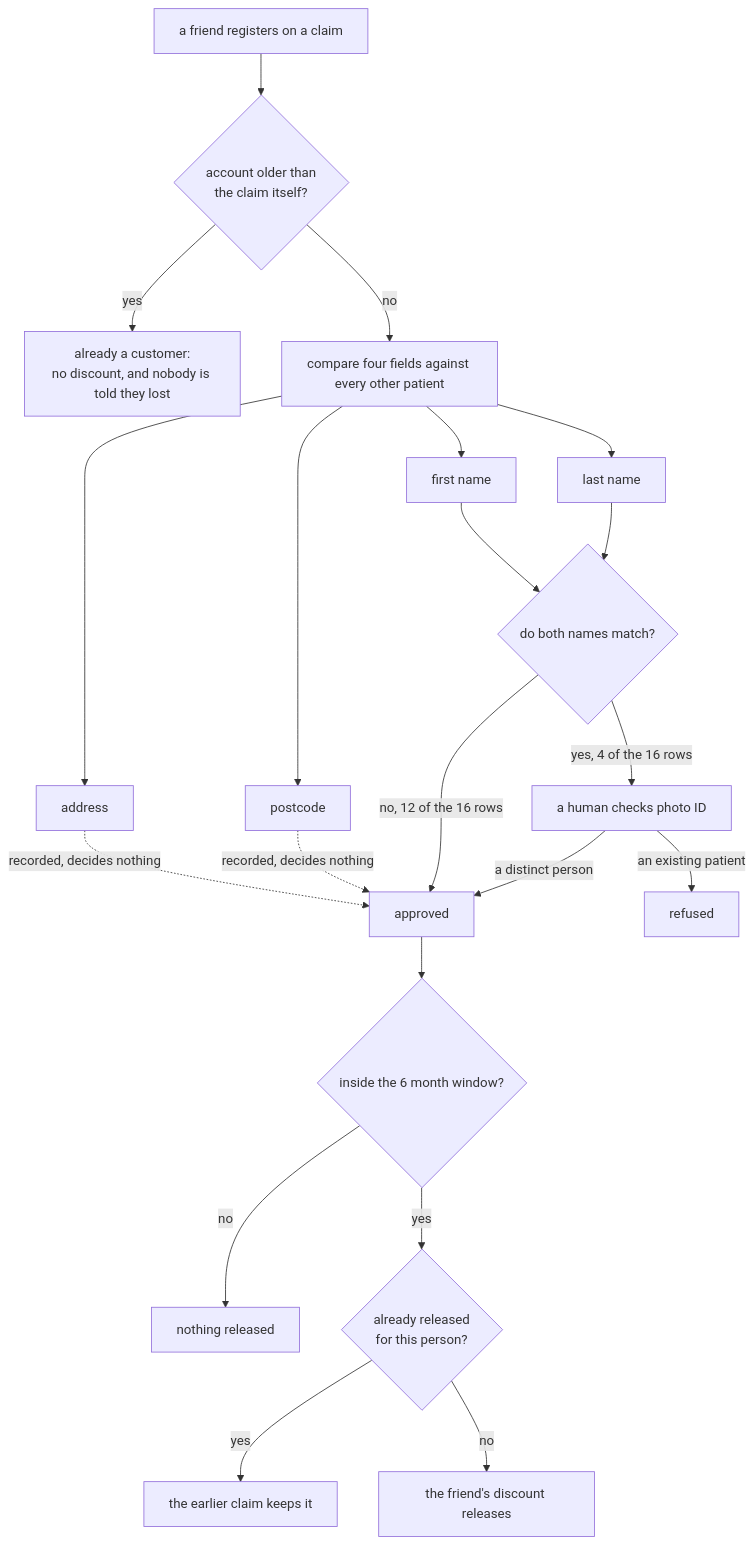
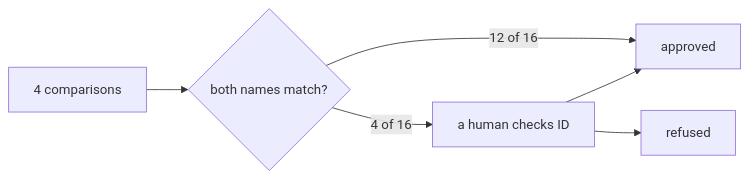
One commit to joleneann/bolt-referral-tables changed the first of 3 diagrams in README.md. Above: the diagram before and after it, drawn with Mermaid. The commit also changed other lines of this file and 3 other files, not shown here.

````diff
--- a/README.md
+++ b/README.md
@@ -50,23 +32,8 @@
 ```mermaid
-flowchart TD
-    A[a friend registers on a claim] --> B{account older than<br/>the claim itself?}
-    B -->|yes| B1[already a customer:<br/>no discount, and nobody is told they lost]
-    B -->|no| C[compare four fields against every other patient]
-    C --> D[first name]
-    C --> E[last name]
-    C --> F[address]
-    C --> G[postcode]
-    D --> H{do both names match?}
-    E --> H
-    F -.recorded, decides nothing.-> I
-    G -.recorded, decides nothing.-> I
-    H -->|yes, 4 of the 16 rows| J[a human checks photo ID]
-    H -->|no, 12 of the 16 rows| I[approved]
-    J -->|a distinct person| I
-    J -->|an existing patient| K[refused]
-    I --> L{inside the 6 month window?}
-    L -->|no| M[nothing released]
-    L -->|yes| N{already released<br/>for this person?}
-    N -->|yes| O[the earlier claim keeps it]
-    N -->|no| P[the friend's discount releases]
+flowchart LR
+  A[4 comparisons] --> B{both names match?}
+  B -->|4 of 16| C[a human checks ID]
+  B -->|12 of 16| D[approved]
+  C --> D
+  C --> E[refused]
 ```
````
